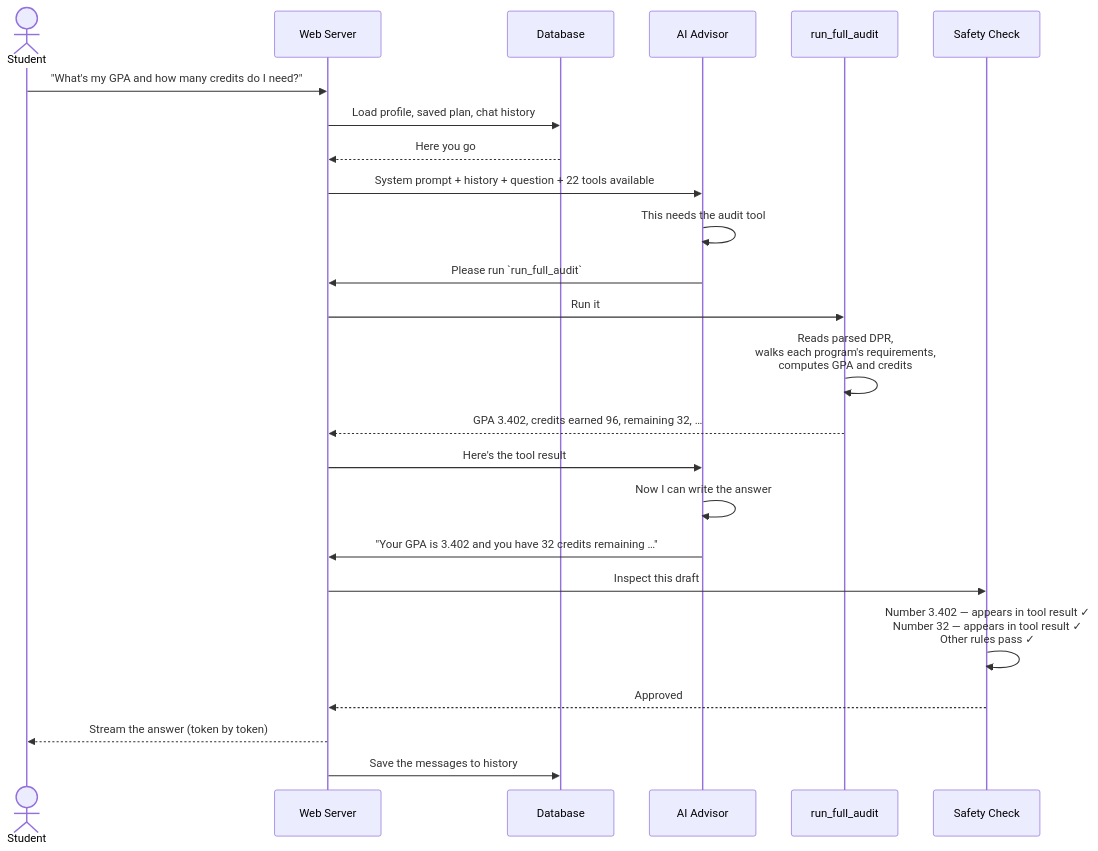
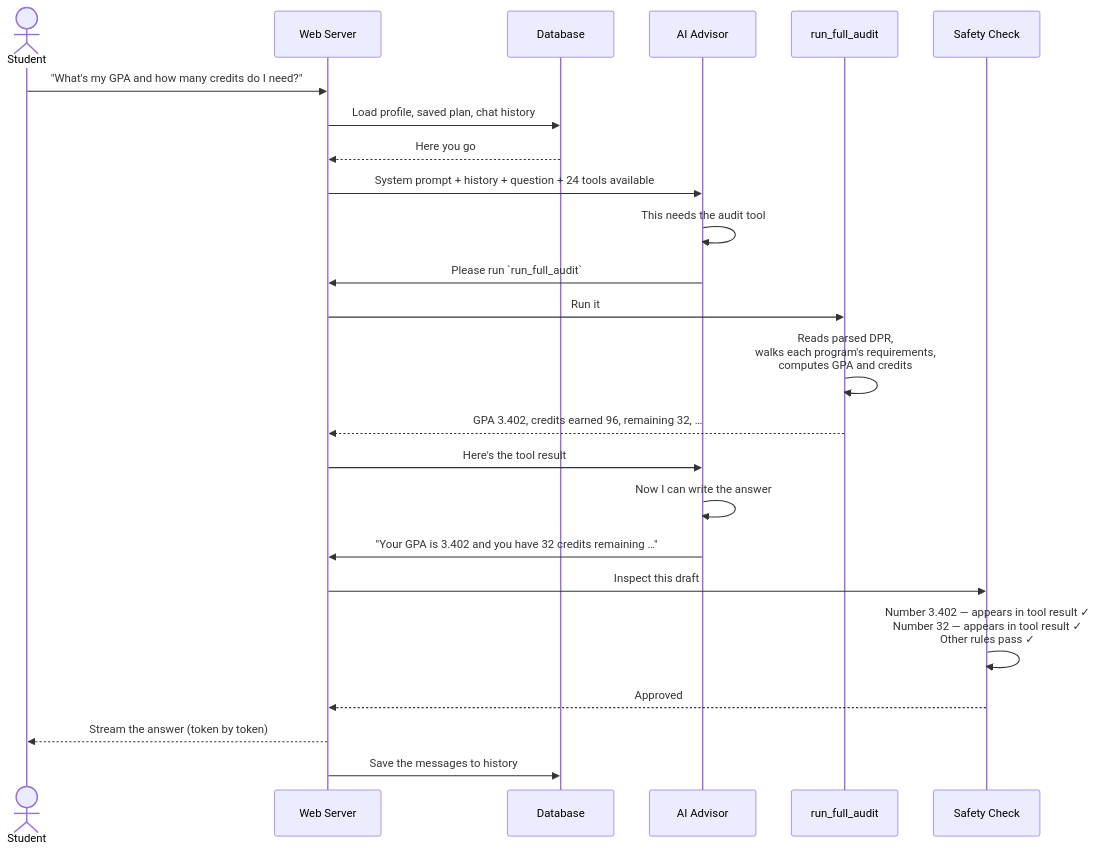
One commit to EdoardoMongardi/NYU_Path changed the fifth of 5 diagrams in Docs/current-system/00-overview.md. Above: the diagram before and after it, drawn with Mermaid. The commit also changed other lines of this file and 9 other files, not shown here.

````diff
--- a/Docs/current-system/00-overview.md
+++ b/Docs/current-system/00-overview.md
@@ -263,27 +263,27 @@
 ```mermaid
 sequenceDiagram
     actor Student
     participant Web as Web Server
     participant DB as Database
     participant Brain as AI Advisor
     participant Tool as run_full_audit
     participant Check as Safety Check
 
     Student->>Web: "What's my GPA and how many credits do I need?"
     Web->>DB: Load profile, saved plan, chat history
     DB-->>Web: Here you go
-    Web->>Brain: System prompt + history + question + 22 tools available
+    Web->>Brain: System prompt + history + question + 24 tools available
     Brain->>Brain: This needs the audit tool
     Brain->>Web: Please run `run_full_audit`
     Web->>Tool: Run it
     Tool->>Tool: Reads parsed DPR,<br/>walks each program's requirements,<br/>computes GPA and credits
     Tool-->>Web: GPA 3.402, credits earned 96, remaining 32, …
     Web->>Brain: Here's the tool result
     Brain->>Brain: Now I can write the answer
     Brain->>Web: "Your GPA is 3.402 and you have 32 credits remaining …"
     Web->>Check: Inspect this draft
     Check->>Check: Number 3.402 — appears in tool result ✓<br/>Number 32 — appears in tool result ✓<br/>Other rules pass ✓
     Check-->>Web: Approved
     Web-->>Student: Stream the answer (token by token)
     Web->>DB: Save the messages to history
 ```
````
